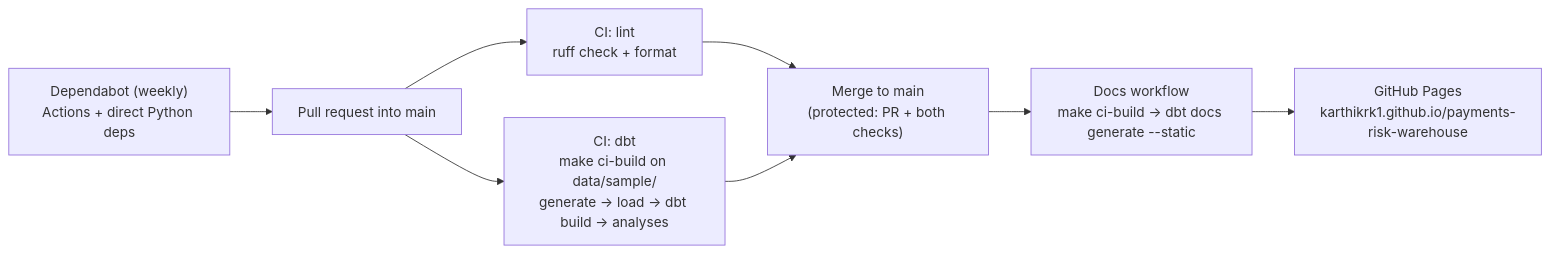
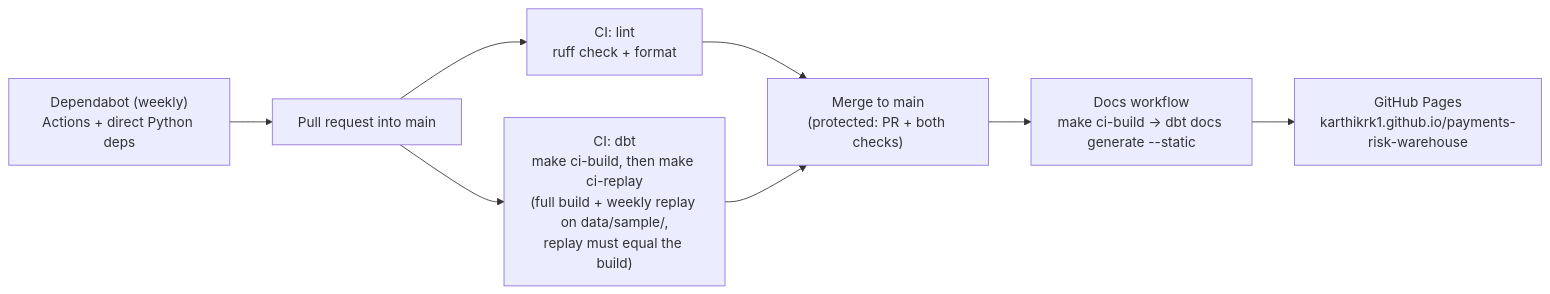
One commit to karthikrk1/payments-risk-warehouse changed the fourth of 4 diagrams in docs/architecture.md. Above: the diagram before and after it, drawn with Mermaid. The commit also changed other lines of this file and 13 other files, not shown here.

First line of the commit message:
feat(orchestration): Prefect flow with a dbt quality gate and day-by-day replay (#17)

````diff
--- a/docs/architecture.md
+++ b/docs/architecture.md
@@ -79,17 +113,17 @@
 ```mermaid
 flowchart LR
     pr["Pull request into main"]
     lint["CI: lint<br/>ruff check + format"]
-    cibuild["CI: dbt<br/>make ci-build on data/sample/<br/>generate → load → dbt build → analyses"]
+    cibuild["CI: dbt<br/>make ci-build, then make ci-replay<br/>(full build + weekly replay on data/sample/,<br/>replay must equal the build)"]
     merge["Merge to main<br/>(protected: PR + both checks)"]
     docs["Docs workflow<br/>make ci-build → dbt docs generate --static"]
     pages["GitHub Pages<br/>karthikrk1.github.io/payments-risk-warehouse"]
     dependabot["Dependabot (weekly)<br/>Actions + direct Python deps"]
 
     pr --> lint
     pr --> cibuild
     lint --> merge
     cibuild --> merge
     merge --> docs --> pages
     dependabot --> pr
 ```
````
